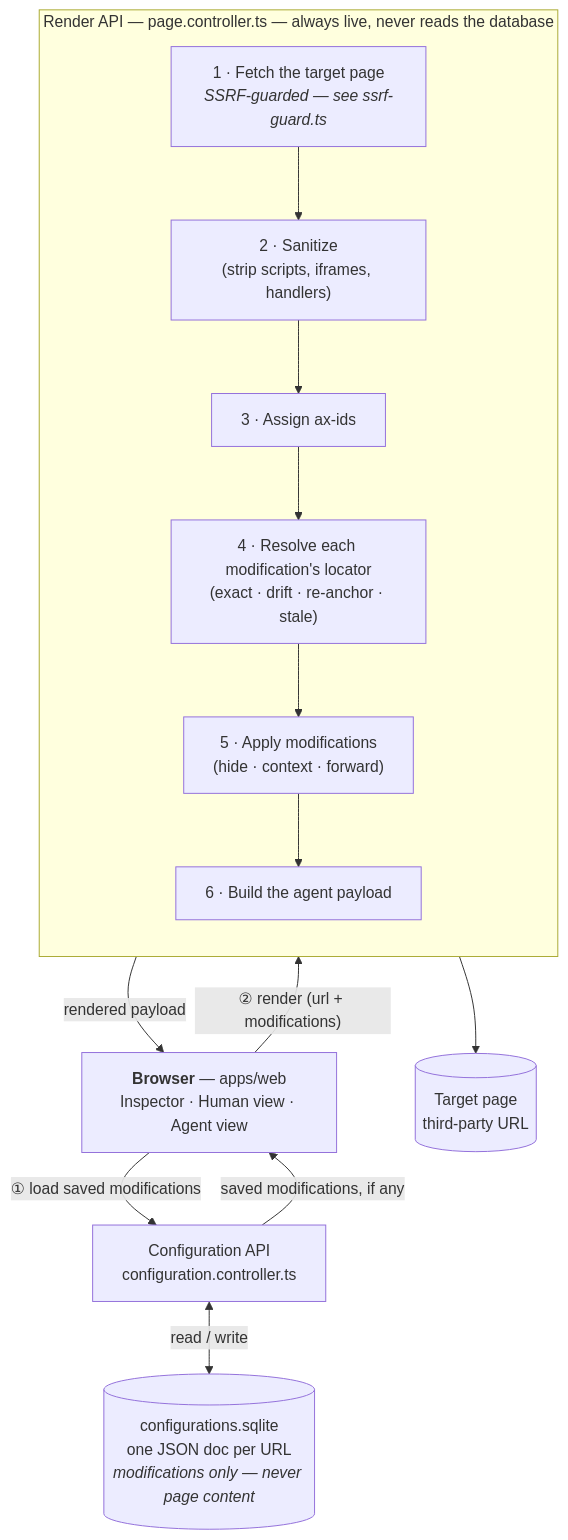
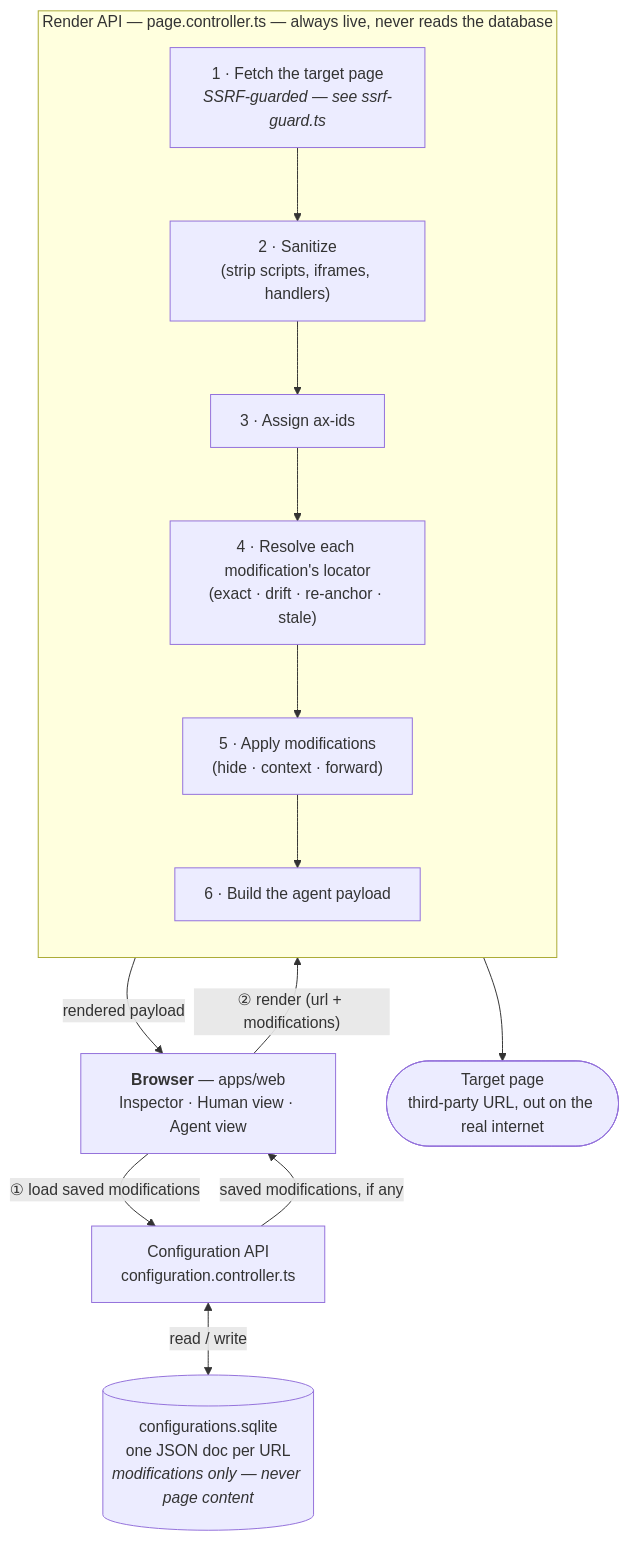
One commit to nimrodev/ax-page-editor changed the diagram in README.md. Above: the diagram before and after it, drawn with Mermaid.

Commit message:
docs: give the target page its own diagram shape, not the database's
TargetPage used the same cylinder shape as the SQLite database node,
which visually implied they were the same kind of thing — a data
store — when the target page is a live HTTP fetch of an external
website, not anything this app stores. Switched to a stadium shape so
the two read as distinct at a glance.

Claude-Session: https://claude.ai/code/session_013wZe1zQm5XAADqJunS4yze

````diff
--- a/README.md
+++ b/README.md
@@ -70,27 +70,27 @@
 ```mermaid
 flowchart TB
     Browser["<b>Browser</b> — apps/web<br/>Inspector · Human view · Agent view"]
 
     Browser -- "① load saved modifications" --> ConfigAPI["Configuration API<br/>configuration.controller.ts"]
     ConfigAPI <-- "read / write" --> Database[("configurations.sqlite<br/>one JSON doc per URL<br/><i>modifications only — never page content</i>")]
     ConfigAPI -- "saved modifications, if any" --> Browser
 
     Browser -- "② render (url + modifications)" --> RenderAPI
 
     subgraph RenderAPI["Render API — page.controller.ts — always live, never reads the database"]
         direction TB
         Step1["1 · Fetch the target page<br/><i>SSRF-guarded — see ssrf-guard.ts</i>"]
         Step2["2 · Sanitize<br/>(strip scripts, iframes, handlers)"]
         Step3["3 · Assign ax-ids"]
         Step4["4 · Resolve each modification's locator<br/>(exact · drift · re-anchor · stale)"]
         Step5["5 · Apply modifications<br/>(hide · context · forward)"]
         Step6["6 · Build the agent payload"]
 
         Step1 --> Step2 --> Step3 --> Step4 --> Step5 --> Step6
     end
 
-    TargetPage[("Target page<br/>third-party URL")]
+    TargetPage(["Target page<br/>third-party URL, out on the real internet"])
     Step1 --> TargetPage
 
     RenderAPI -- "rendered payload" --> Browser
 ```
````
